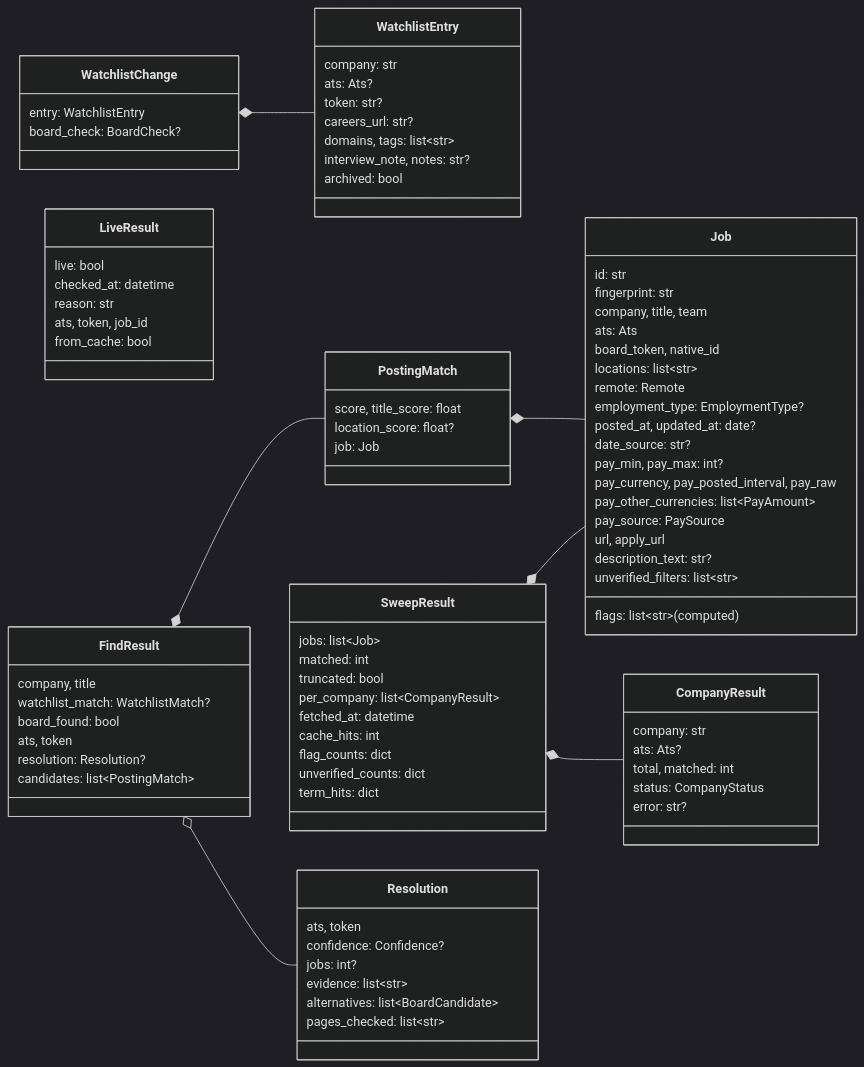
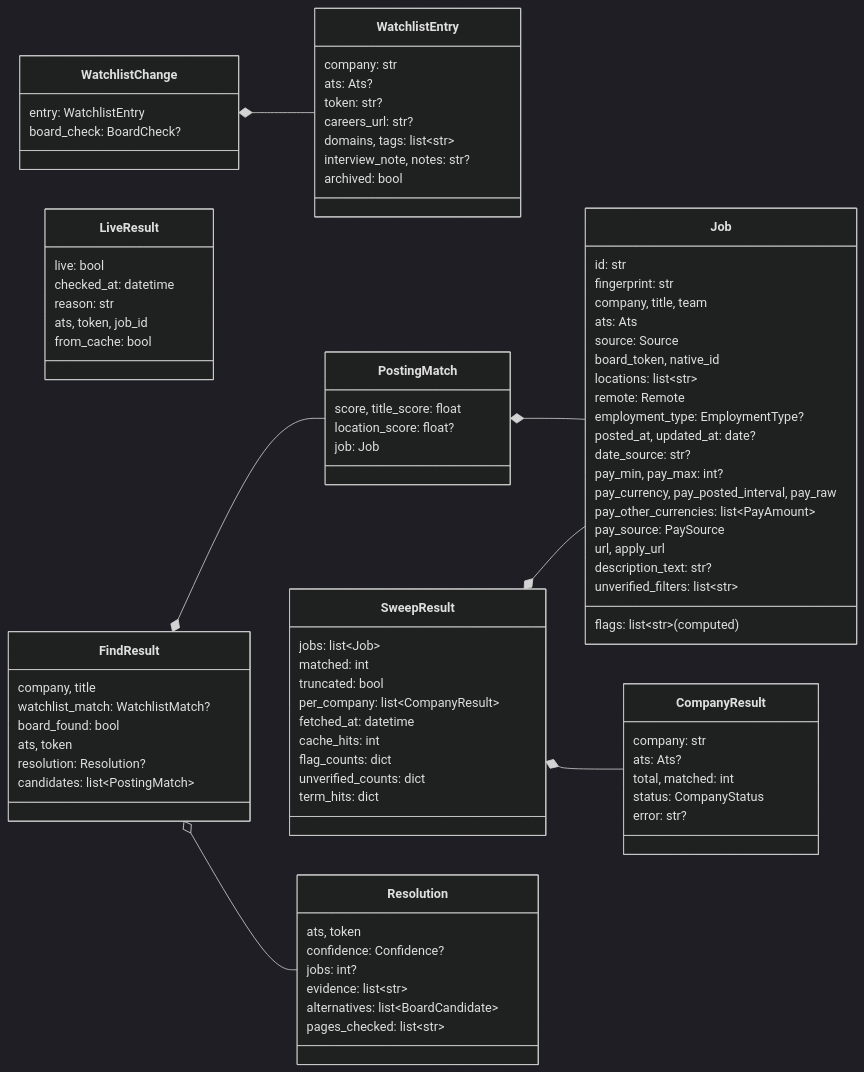
Before and after one commit to HakujouRyu/jobboard-mcp: the sixth of 7 diagrams in docs/architecture.md, drawn with Mermaid (dark theme). The commit also changed other lines of this file and 9 other files, not shown here.

```diff
--- a/docs/architecture.md
+++ b/docs/architecture.md
@@ -288,6 +288,7 @@
         fingerprint: str
         company, title, team
         ats: Ats
+        source: Source
         board_token, native_id
         locations: list~str~
         remote: Remote
```
